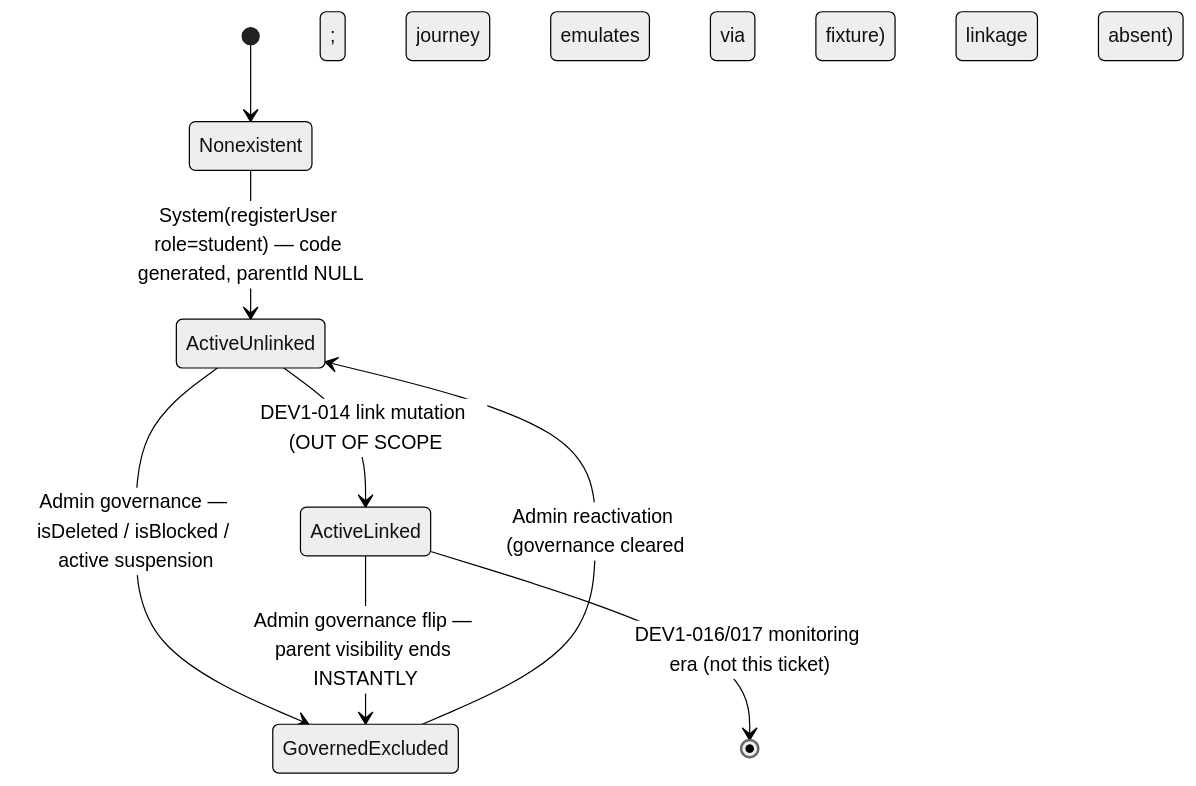
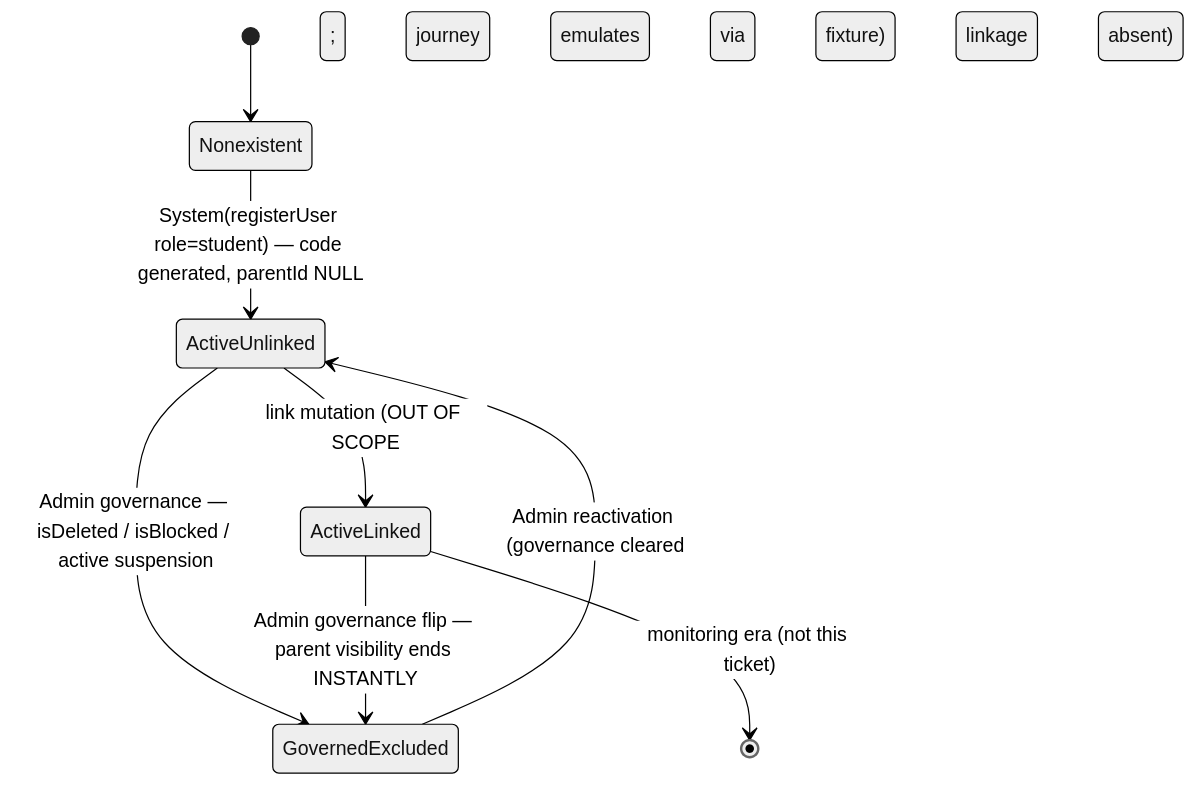
The diagram in ai/finished_plans/sprint_3/dev1-013-student-handshake-code-generation/plan.md (kottaby/kottaby), drawn with Mermaid (neutral theme) before and after one commit. The commit also changed other lines of this file and 297 other files, not shown here.

````diff
--- a/ai/finished_plans/sprint_3/dev1-013-student-handshake-code-generation/plan.md
+++ b/ai/finished_plans/sprint_3/dev1-013-student-handshake-code-generation/plan.md
@@ -315,10 +315,10 @@
 ```mermaid
 stateDiagram-v2
   [*] --> Nonexistent
   Nonexistent --> ActiveUnlinked: System(registerUser role=student) — code generated, parentId NULL
-  ActiveUnlinked --> ActiveLinked: DEV1-014 link mutation (OUT OF SCOPE; journey emulates via fixture)
+  ActiveUnlinked --> ActiveLinked: link mutation (OUT OF SCOPE; journey emulates via fixture)
   ActiveUnlinked --> GovernedExcluded: Admin governance — isDeleted / isBlocked / active suspension
   ActiveLinked --> GovernedExcluded: Admin governance flip — parent visibility ends INSTANTLY
   GovernedExcluded --> ActiveUnlinked: Admin reactivation (governance cleared; linkage absent)
-  ActiveLinked --> [*]: DEV1-016/017 monitoring era (not this ticket)
+  ActiveLinked --> [*]: monitoring era (not this ticket)
 ```
````
